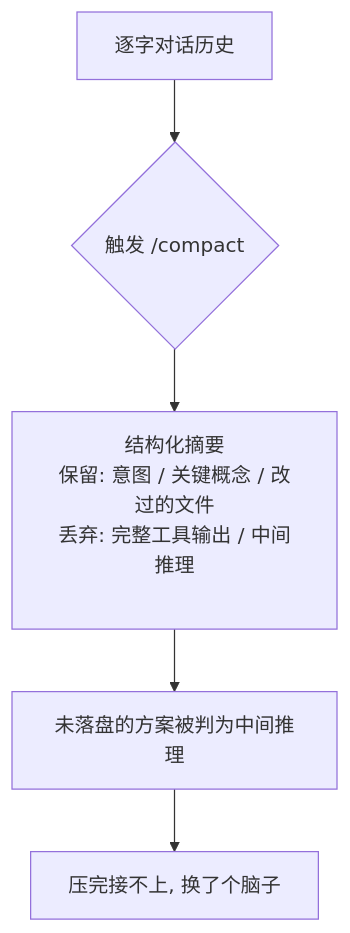
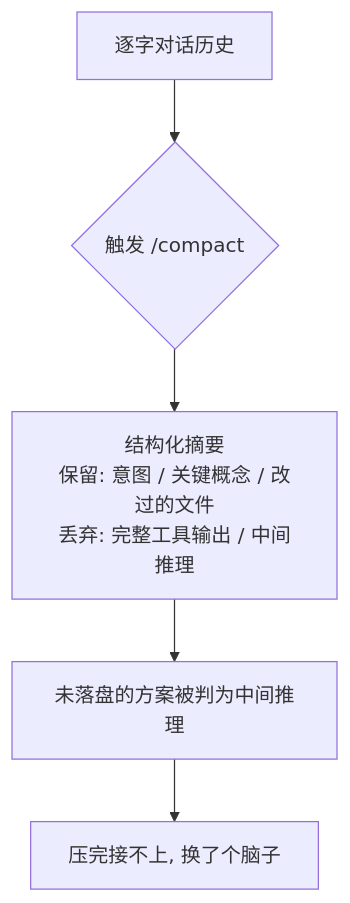
The diagram in docs/05-implementation/compact-timing.mdx (XuebinMa/AIWiki), drawn with Mermaid before and after one commit. The commit also changed 99 other files, not shown here.

First line of the commit message:
fix(mermaid): 全局根治节点文字裁切（htmlLabels:false + 清理 br/nbsp 占位）(#26)

````diff
--- a/docs/05-implementation/compact-timing.mdx
+++ b/docs/05-implementation/compact-timing.mdx
@@ -40,7 +40,7 @@
 ```mermaid
 flowchart TD
     A[逐字对话历史] --> B{触发 /compact}
-    B --> C["结构化摘要<br/>保留: 意图 / 关键概念 / 改过的文件<br/>丢弃: 完整工具输出 / 中间推理<br/>&nbsp;"]
+    B --> C["结构化摘要<br/>保留: 意图 / 关键概念 / 改过的文件<br/>丢弃: 完整工具输出 / 中间推理"]
     C --> D[未落盘的方案被判为中间推理]
     D --> E[压完接不上, 换了个脑子]
 ```
````
